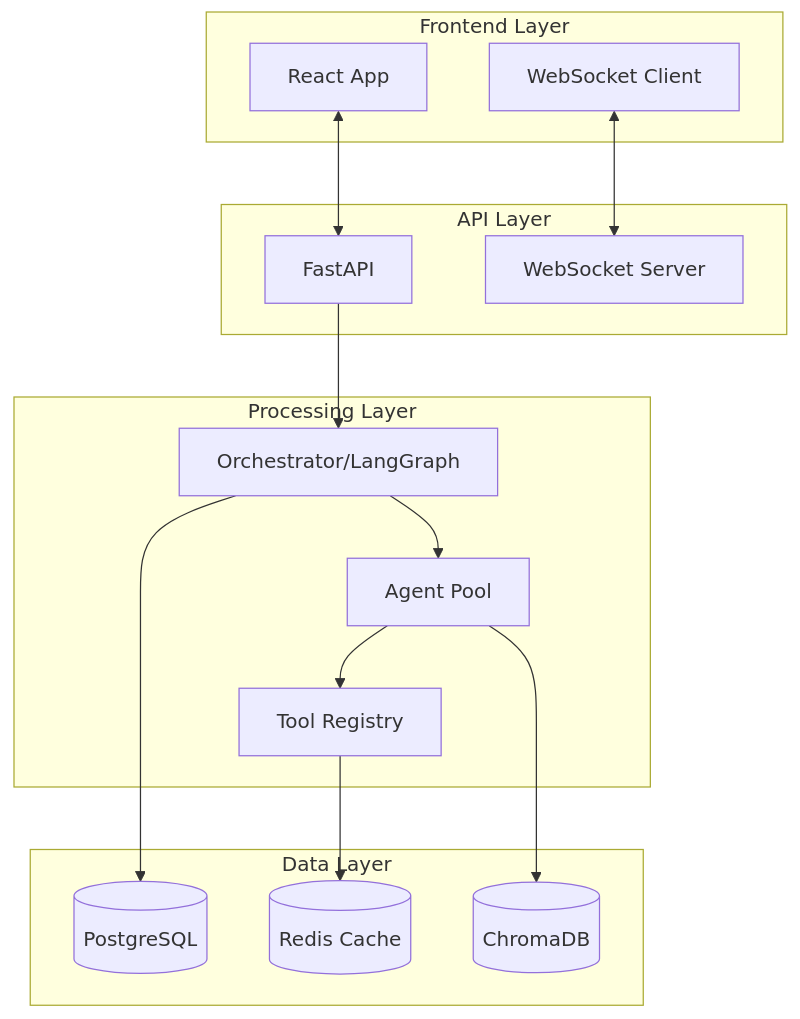
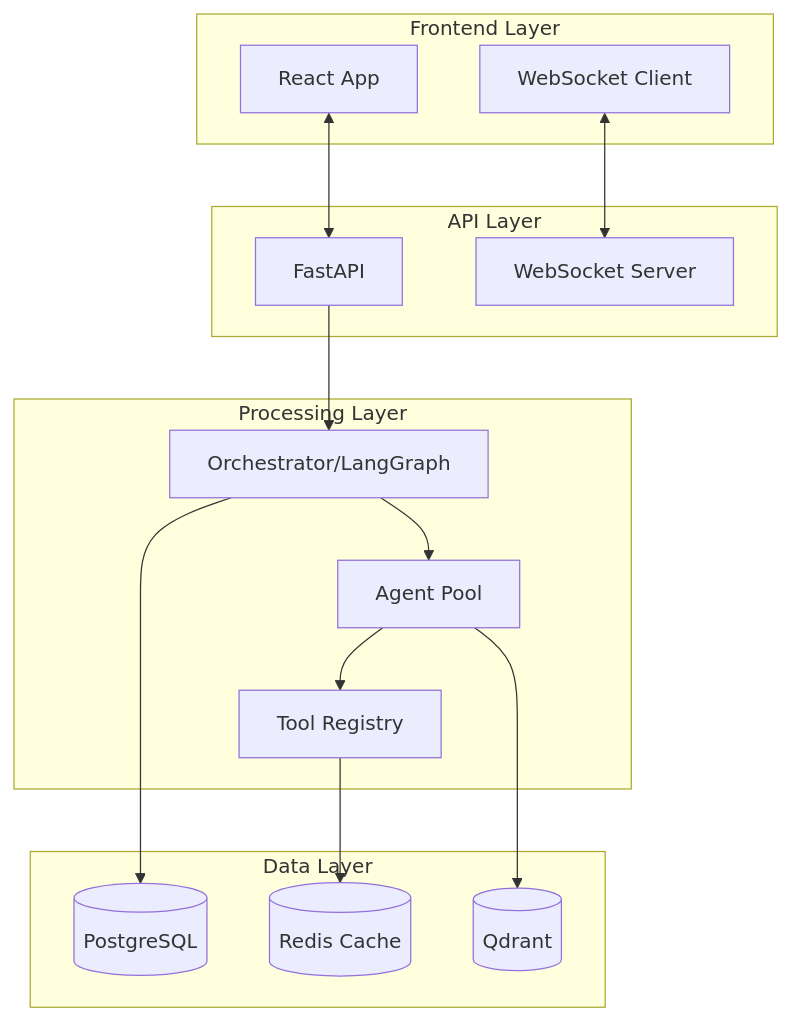
Before and after one commit to GuiiCorreia/Bootcamp_Akcit: the second of 6 diagrams in README.md, drawn with Mermaid. The commit also changed other lines of this file, not shown here.

````diff
--- a/README.md
+++ b/README.md
@@ -49,33 +49,33 @@
 ```mermaid
 graph TB
     subgraph "Frontend Layer"
         UI[React App]
         WS[WebSocket Client]
     end
     
     subgraph "API Layer"
         API[FastAPI]
         WSS[WebSocket Server]
     end
     
     subgraph "Processing Layer"
         ORCH[Orchestrator/LangGraph]
         AGENTS[Agent Pool]
         TOOLS[Tool Registry]
     end
     
     subgraph "Data Layer"
         PG[(PostgreSQL)]
         REDIS[(Redis Cache)]
-        VECTOR[(ChromaDB)]
+        VECTOR[(Qdrant)]
     end
     
     UI <--> API
     WS <--> WSS
     API --> ORCH
     ORCH --> AGENTS
     AGENTS --> TOOLS
     ORCH --> PG
     TOOLS --> REDIS
     AGENTS --> VECTOR
 ```
````
